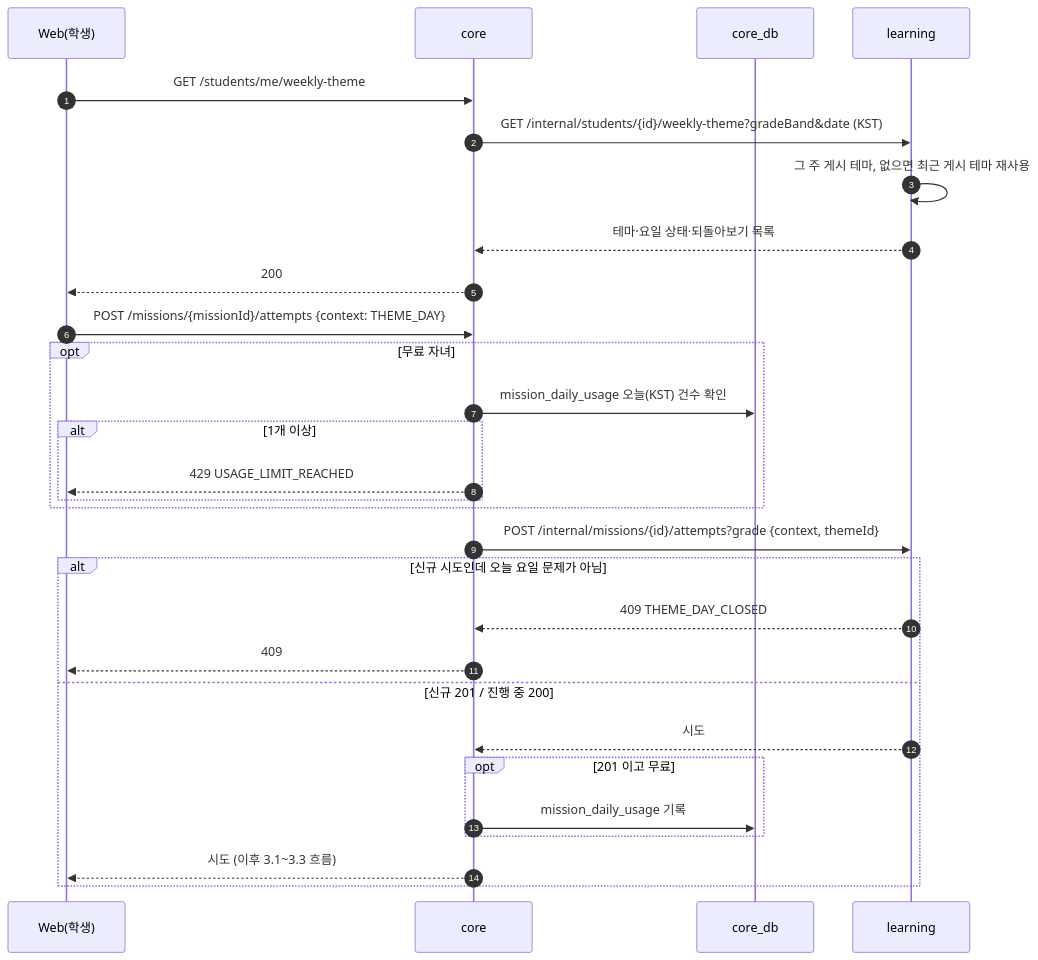
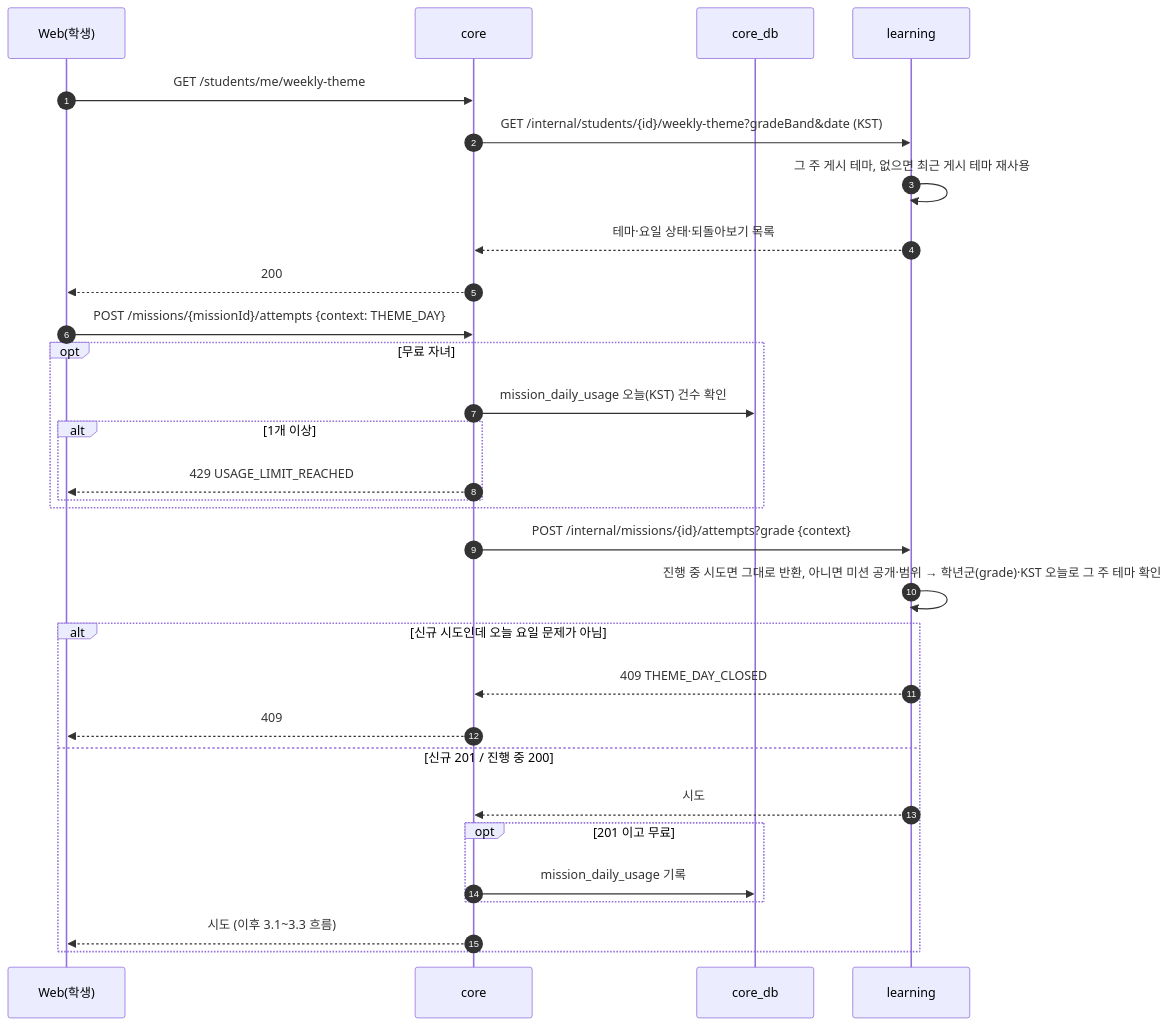
Diagram 14 of 33 in docs/design/sequence-diagram.md (SKNETWORKS-FAMILY-AICAMP/SKN34-FINAL-3TEAM), drawn with Mermaid before and after one commit. The commit also changed other lines of this file and 43 other files, not shown here.

````diff
--- a/docs/design/sequence-diagram.md
+++ b/docs/design/sequence-diagram.md
@@ -550,32 +550,33 @@
 ```mermaid
 sequenceDiagram
   autonumber
   participant W as Web(학생)
   participant C as core
   participant CDB as core_db
   participant L as learning
 
   W->>C: GET /students/me/weekly-theme
   C->>L: GET /internal/students/{id}/weekly-theme?gradeBand&date (KST)
   L->>L: 그 주 게시 테마, 없으면 최근 게시 테마 재사용
   L-->>C: 테마·요일 상태·되돌아보기 목록
   C-->>W: 200
   W->>C: POST /missions/{missionId}/attempts {context: THEME_DAY}
   opt 무료 자녀
     C->>CDB: mission_daily_usage 오늘(KST) 건수 확인
     alt 1개 이상
       C-->>W: 429 USAGE_LIMIT_REACHED
     end
   end
-  C->>L: POST /internal/missions/{id}/attempts?grade {context, themeId}
+  C->>L: POST /internal/missions/{id}/attempts?grade {context}
+  L->>L: 진행 중 시도면 그대로 반환, 아니면 미션 공개·범위 → 학년군(grade)·KST 오늘로 그 주 테마 확인
   alt 신규 시도인데 오늘 요일 문제가 아님
     L-->>C: 409 THEME_DAY_CLOSED
     C-->>W: 409
   else 신규 201 / 진행 중 200
     L-->>C: 시도
     opt 201 이고 무료
       C->>CDB: mission_daily_usage 기록
     end
     C-->>W: 시도 (이후 3.1~3.3 흐름)
   end
 ```
````
